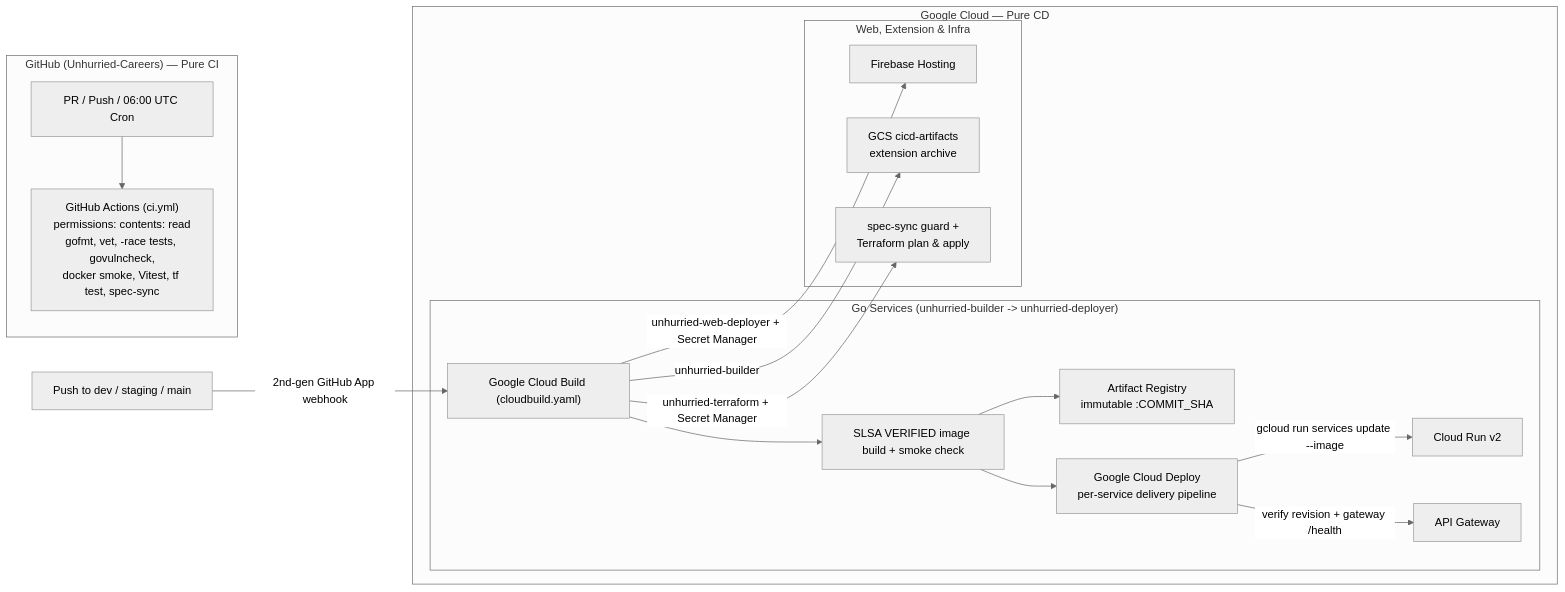
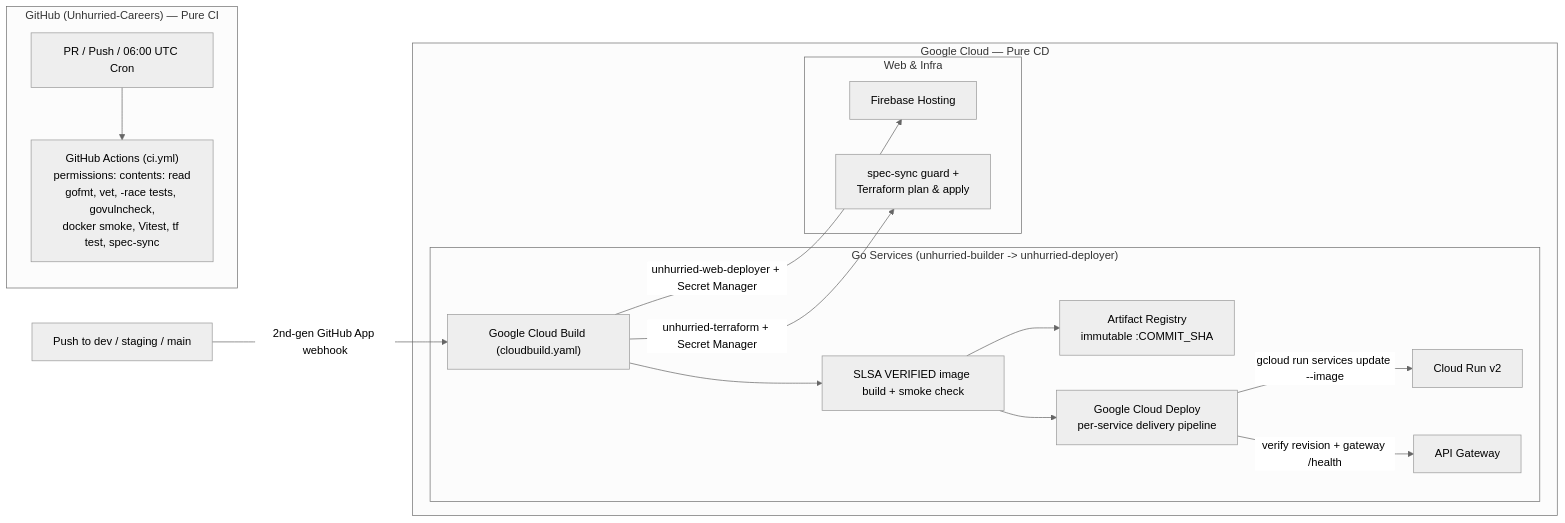
One commit to Unhurried-Careers/unhurried-product changed the diagram in docs/ci-cd.md. Above: the diagram before and after it, drawn with Mermaid (neutral theme). The commit also changed other lines of this file and 7 other files, not shown here.

Commit message:
docs(product): update architecture and status for 4 core microservices topology

````diff
--- a/docs/ci-cd.md
+++ b/docs/ci-cd.md
@@ -24,24 +24,23 @@
 ```mermaid
 flowchart LR
   subgraph GitHub["GitHub (Unhurried-Careers) — Pure CI"]
     PR["PR / Push / 06:00 UTC Cron"] --> GHA["GitHub Actions (ci.yml)<br/>permissions: contents: read<br/>gofmt, vet, -race tests, govulncheck,<br/>docker smoke, Vitest, tf test, spec-sync"]
   end
 
   GH_PUSH["Push to dev / staging / main"] -->|2nd-gen GitHub App webhook| CB["Google Cloud Build (cloudbuild.yaml)"]
 
   subgraph GCP_CD["Google Cloud — Pure CD"]
     subgraph Service_CD["Go Services (unhurried-builder -> unhurried-deployer)"]
       CB --> B1["SLSA VERIFIED image build + smoke check"]
       B1 --> AR["Artifact Registry<br/>immutable :COMMIT_SHA"]
       B1 --> CD["Google Cloud Deploy<br/>per-service delivery pipeline"]
       CD -->|gcloud run services update --image| CR["Cloud Run v2"]
       CD -->|verify revision + gateway /health| GW["API Gateway"]
     end
 
-    subgraph Web_Infra["Web, Extension & Infra"]
+    subgraph Web_Infra["Web & Infra"]
       CB -->|unhurried-web-deployer + Secret Manager| FH["Firebase Hosting"]
-      CB -->|unhurried-builder| GCS["GCS cicd-artifacts<br/>extension archive"]
       CB -->|unhurried-terraform + Secret Manager| TF["spec-sync guard +<br/>Terraform plan & apply"]
     end
   end
 ```
````
